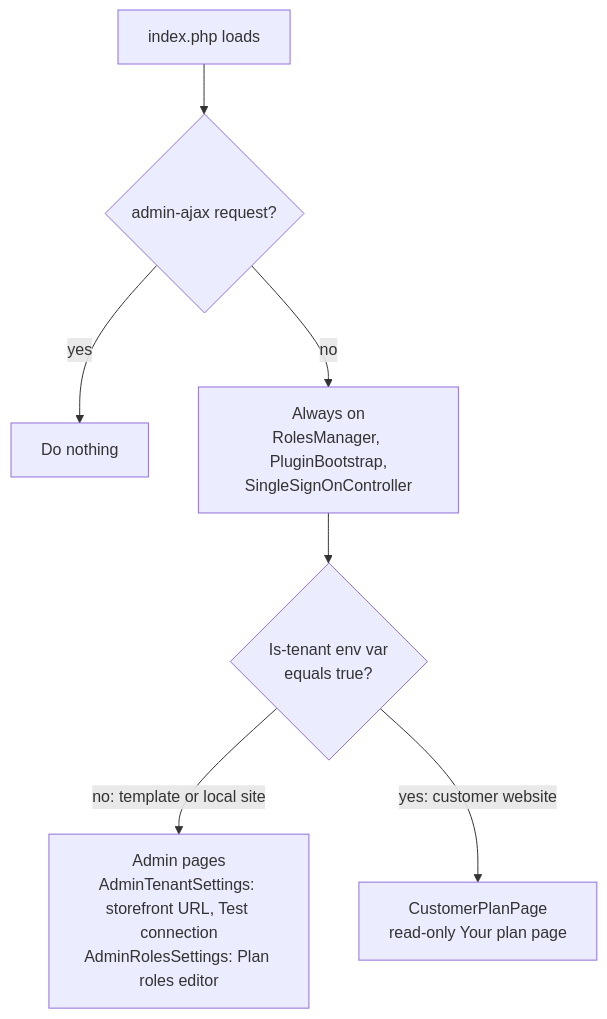
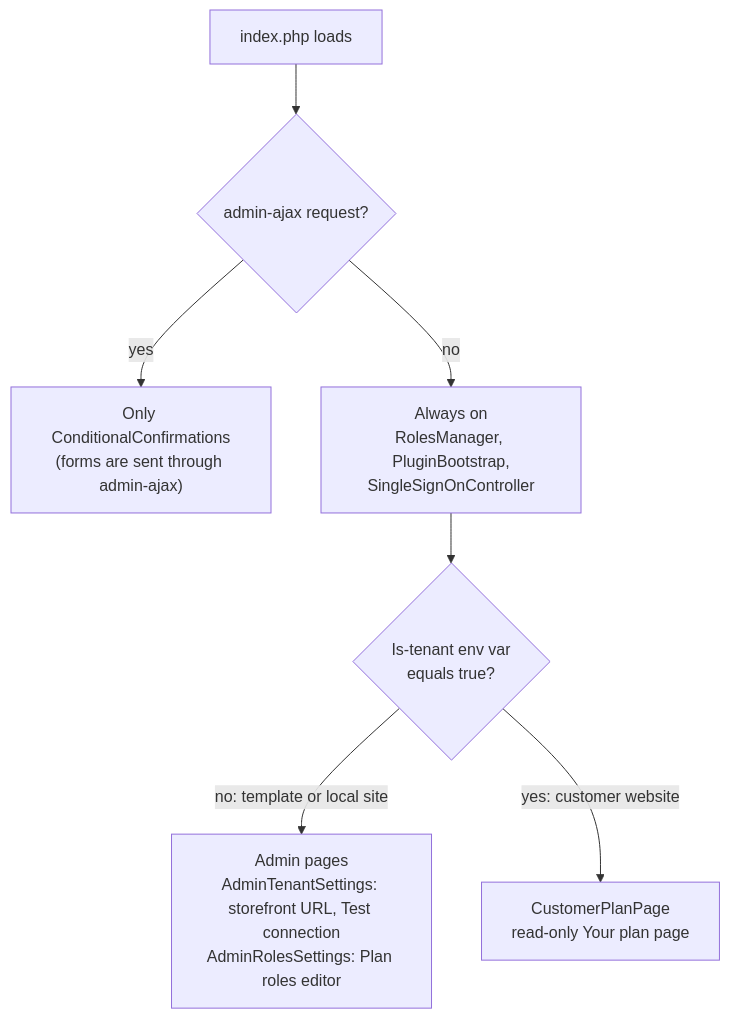
One commit to otaku-solutions/anypress-plugins changed the first of 4 diagrams in docs/architecture/waas-client.md. Above: the diagram before and after it, drawn with Mermaid. The commit also changed other lines of this file and 26 other files, not shown here.

````diff
--- a/docs/architecture/waas-client.md
+++ b/docs/architecture/waas-client.md
@@ -11,9 +11,9 @@
 ```mermaid
 flowchart TB
   LOAD["index.php loads"] --> AJAX{"admin-ajax request?"}
-  AJAX -->|"yes"| NONE["Do nothing"]
+  AJAX -->|"yes"| NONE["Only ConditionalConfirmations<br/>(forms are sent through admin-ajax)"]
   AJAX -->|"no"| ALWAYS["Always on<br/>RolesManager, PluginBootstrap,<br/>SingleSignOnController"]
   ALWAYS --> FLAG{"Is-tenant env var<br/>equals true?"}
   FLAG -->|"no: template or local site"| TPL["Admin pages<br/>AdminTenantSettings: storefront URL, Test connection<br/>AdminRolesSettings: Plan roles editor"]
   FLAG -->|"yes: customer website"| STORE["CustomerPlanPage<br/>read-only Your plan page"]
 ```
````
